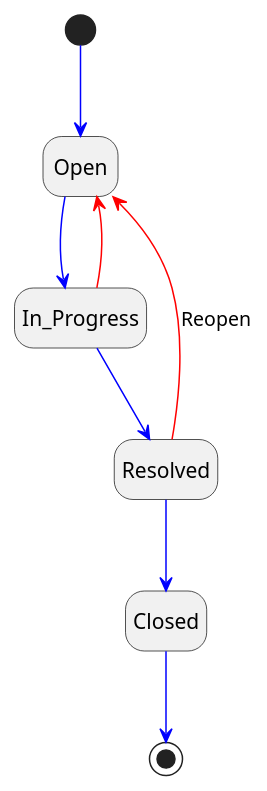
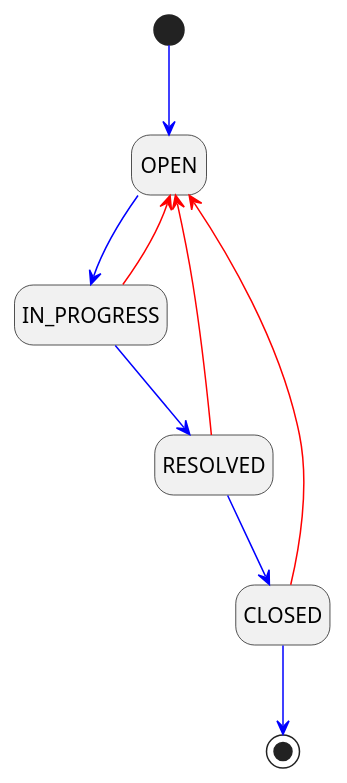
One commit to yuliya-polyakova/autotesting-template changed the diagram in readme/workflow/workflow_question.puml. Above: the diagram before and after it, drawn with PlantUML. The commit also changed 2 other files, not shown here.

Commit message:
Updating schemas: workflow

```diff
--- a/readme/workflow/workflow_question.puml
+++ b/readme/workflow/workflow_question.puml
@@ -1,14 +1,14 @@
 @startuml
 hide empty description
+[*] -[#blue]-> OPEN
 
-[*] -[#blue]-> Open
+OPEN -[#blue]-> IN_PROGRESS
+IN_PROGRESS -[#blue]-> RESOLVED
+IN_PROGRESS -[#red]-> OPEN
 
-Open -[#blue]-> In_Progress
-In_Progress -[#blue]-> Resolved
-In_Progress -[#red]-> Open
+RESOLVED -[#blue]-> CLOSED
+RESOLVED -[#red]-> OPEN
 
-Resolved -[#blue]-> Closed
-Resolved -[#red]-> Open : Reopen
-
-Closed -[#blue]-> [*]
+CLOSED -[#blue]-> [*]
+CLOSED -[#red]-> OPEN
 @enduml
```
